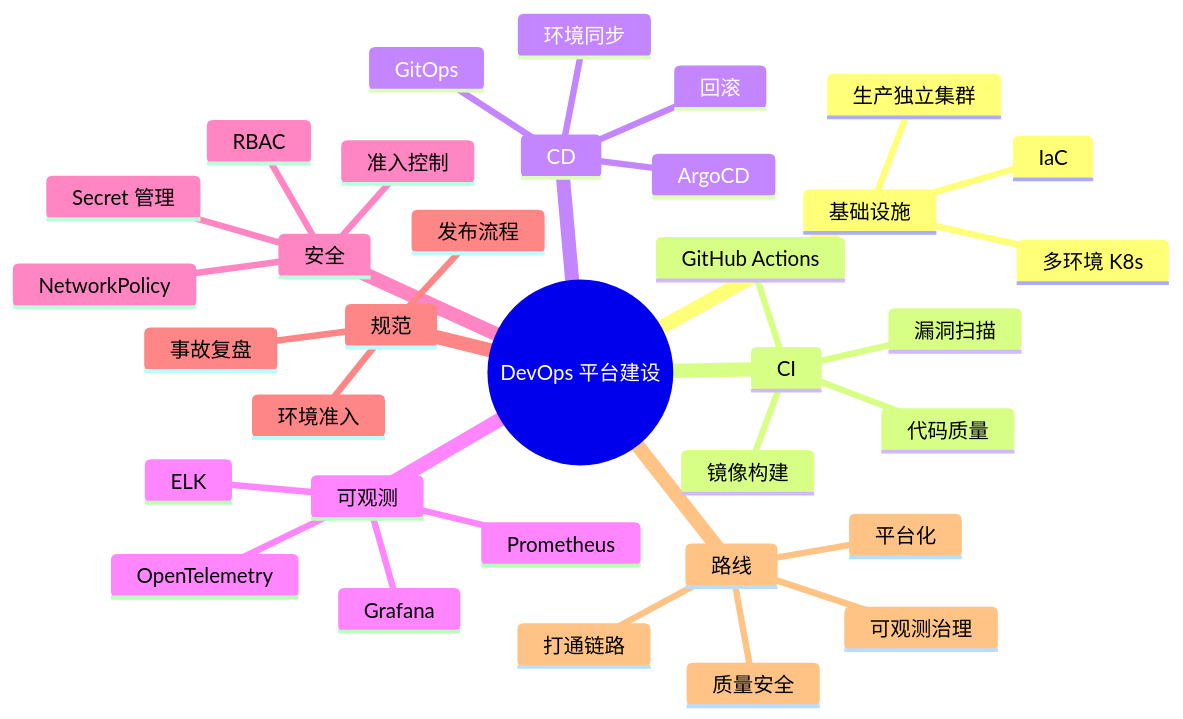
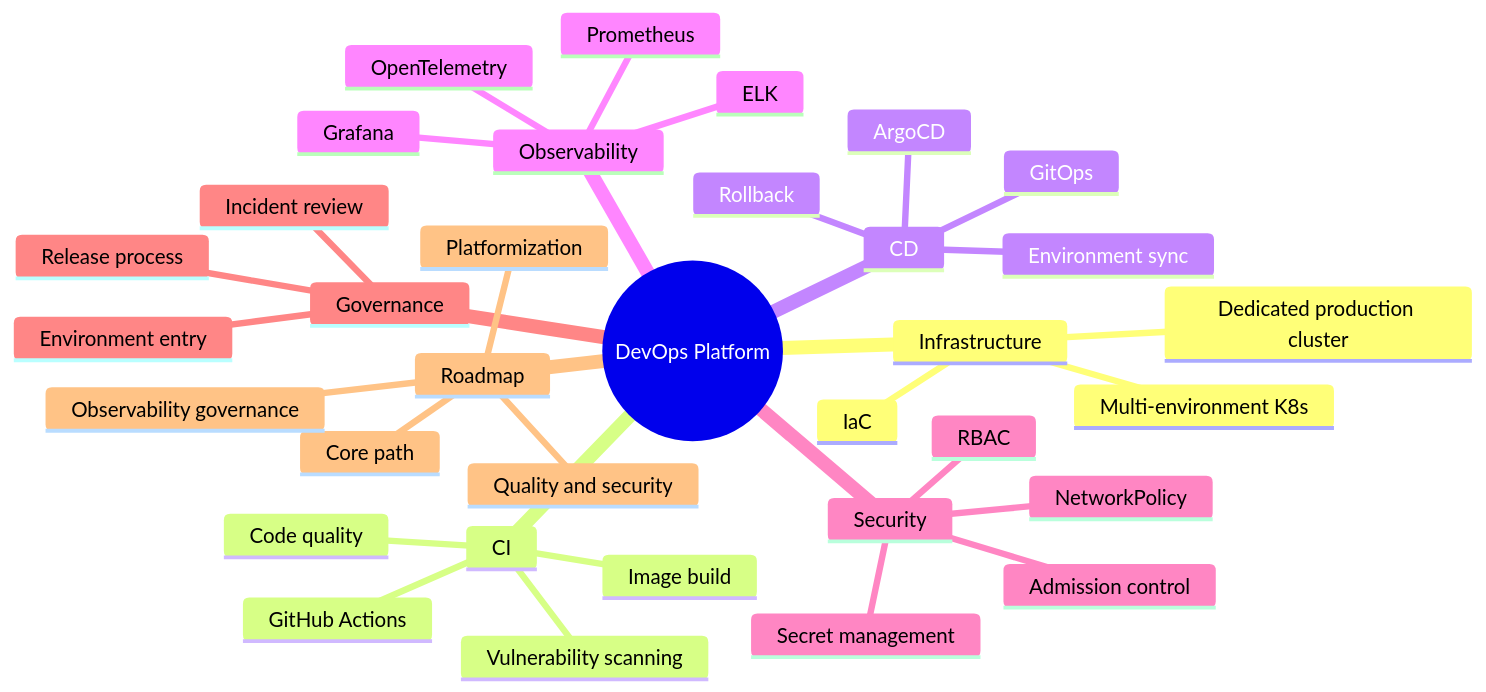
One commit to sven0219/devops-platform-blueprint changed the second of 2 diagrams in README.md. Above: the diagram before and after it, drawn with Mermaid. The commit also changed other lines of this file and 1 other file, not shown here.

````diff
--- a/README.md
+++ b/README.md
@@ -295,37 +297,37 @@
 ```mermaid
 mindmap
-  root((DevOps 平台建设))
-    基础设施
-      多环境 K8s
-      生产独立集群
+  root((DevOps Platform))
+    Infrastructure
+      Multi-environment K8s
+      Dedicated production cluster
       IaC
     CI
       GitHub Actions
-      代码质量
-      镜像构建
-      漏洞扫描
+      Code quality
+      Image build
+      Vulnerability scanning
     CD
       GitOps
       ArgoCD
-      环境同步
-      回滚
-    可观测
+      Environment sync
+      Rollback
+    Observability
       Prometheus
       Grafana
       ELK
       OpenTelemetry
-    安全
+    Security
       RBAC
       NetworkPolicy
-      Secret 管理
-      准入控制
-    规范
-      发布流程
-      环境准入
-      事故复盘
-    路线
-      打通链路
-      质量安全
-      可观测治理
-      平台化
+      Secret management
+      Admission control
+    Governance
+      Release process
+      Environment entry
+      Incident review
+    Roadmap
+      Core path
+      Quality and security
+      Observability governance
+      Platformization
 ```
````
